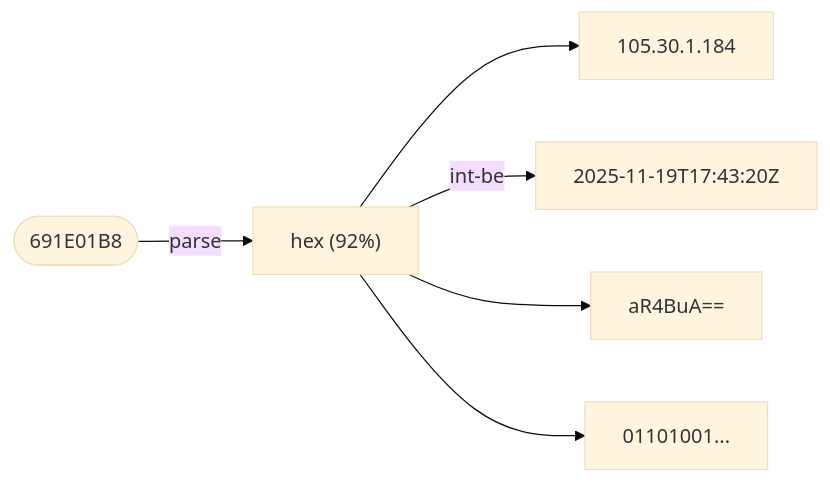
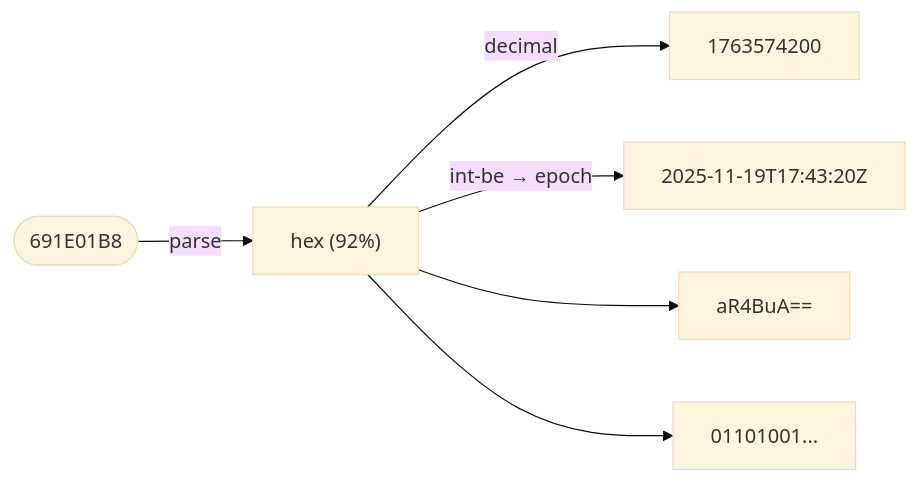
Before and after one commit to Mjukis-AB/formatorbit: the diagram in README.md, drawn with Mermaid (base theme). The commit also changed other lines of this file and 4 other files, not shown here.

````diff
--- a/README.md
+++ b/README.md
@@ -24,10 +24,10 @@
 ```mermaid
 graph LR
   input(["691E01B8"])
   hex["hex (92%)"]
   input -->|parse| hex
-  hex --> ipv4["105.30.1.184"]
-  hex -->|int-be| epoch["2025-11-19T17:43:20Z"]
+  hex -->|decimal| dec["1763574200"]
+  hex -->|int-be → epoch| epoch["2025-11-19T17:43:20Z"]
   hex --> base64["aR4BuA=="]
   hex --> binary["01101001..."]
 ```
````
